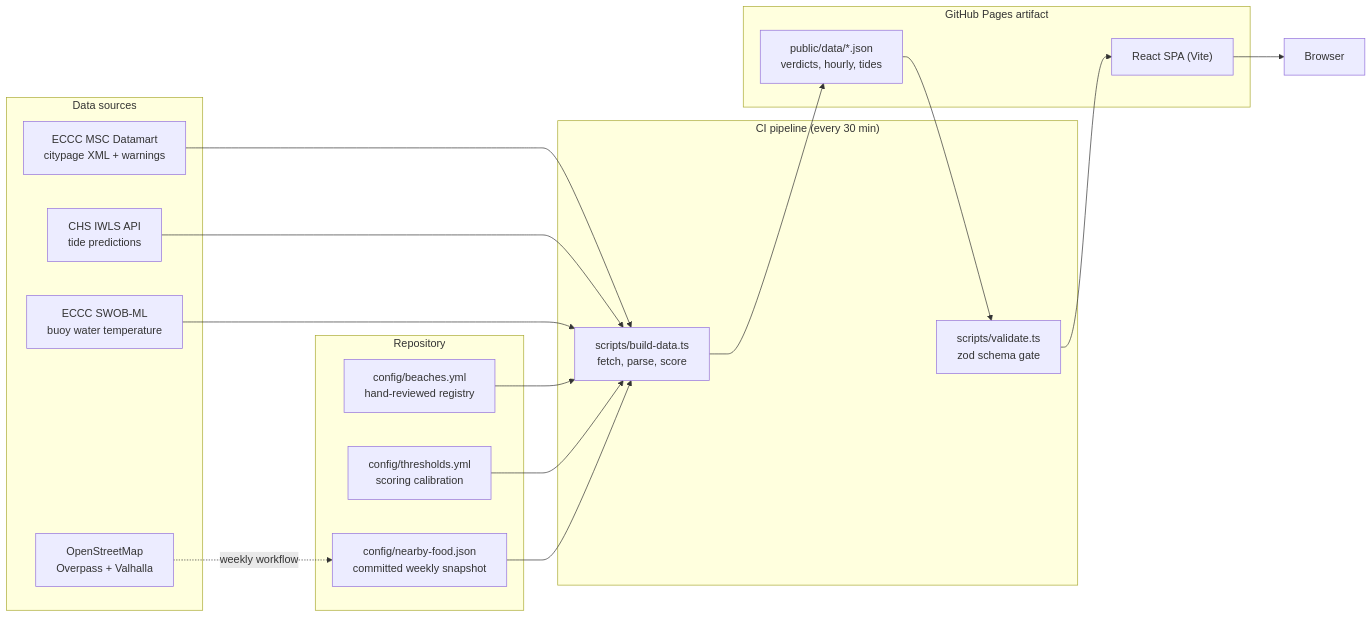
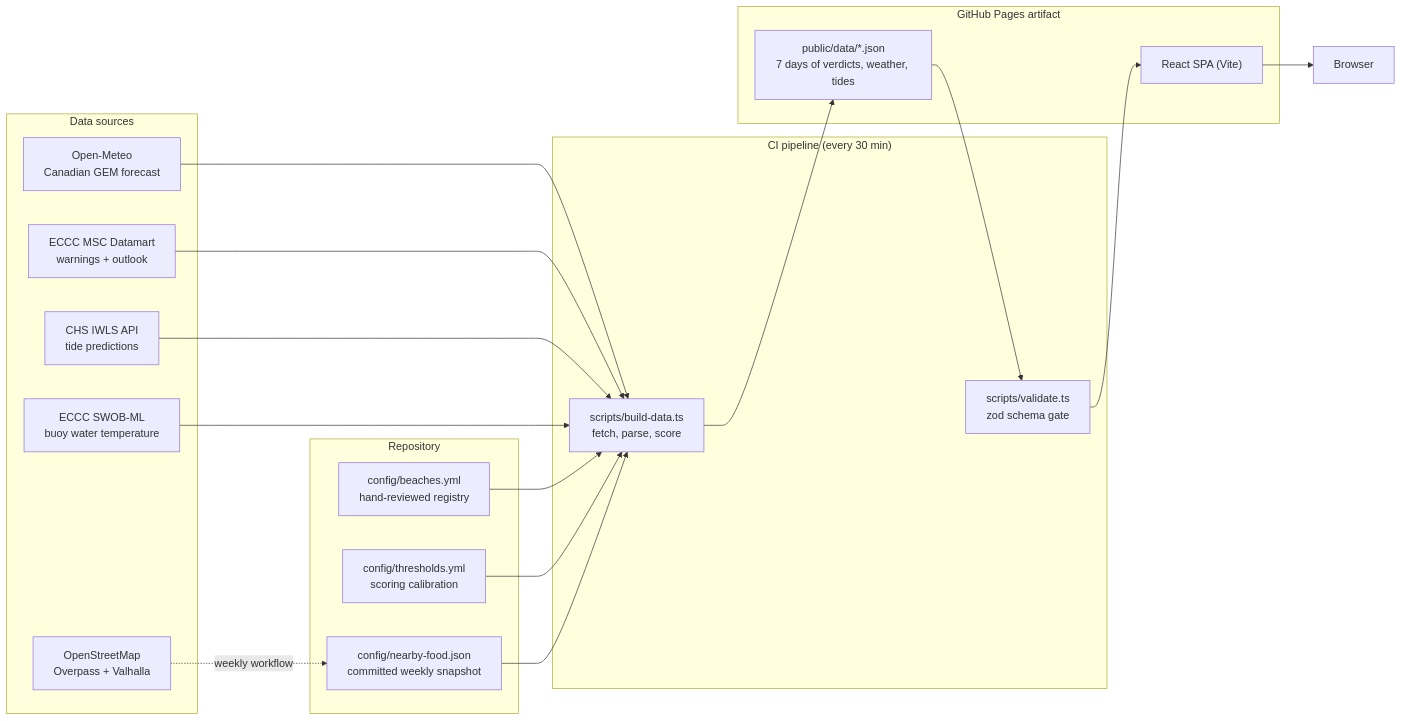
One commit to gruberb/whenshouldigotothebeach changed the first of 2 diagrams in docs/ARCHITECTURE.md. Above: the diagram before and after it, drawn with Mermaid. The commit also changed other lines of this file and 29 other files, not shown here.

````diff
--- a/docs/ARCHITECTURE.md
+++ b/docs/ARCHITECTURE.md
@@ -53,37 +54,39 @@
 ```mermaid
 flowchart LR
     subgraph sources["Data sources"]
-        ECCC["ECCC MSC Datamart<br/>citypage XML + warnings"]
+        GEM["Open-Meteo<br/>Canadian GEM forecast"]
+        ECCC["ECCC MSC Datamart<br/>warnings + outlook"]
         CHS["CHS IWLS API<br/>tide predictions"]
         SWOB["ECCC SWOB-ML<br/>buoy water temperature"]
         OSM["OpenStreetMap<br/>Overpass + Valhalla"]
     end
 
     subgraph repo["Repository"]
         REG["config/beaches.yml<br/>hand-reviewed registry"]
         THR["config/thresholds.yml<br/>scoring calibration"]
         FOOD["config/nearby-food.json<br/>committed weekly snapshot"]
     end
 
     subgraph pipeline["CI pipeline (every 30 min)"]
         BUILD["scripts/build-data.ts<br/>fetch, parse, score"]
         VAL["scripts/validate.ts<br/>zod schema gate"]
     end
 
     subgraph site["GitHub Pages artifact"]
-        JSON["public/data/*.json<br/>verdicts, hourly, tides"]
+        JSON["public/data/*.json<br/>7 days of verdicts, weather, tides"]
         SPA["React SPA (Vite)"]
     end
 
+    GEM --> BUILD
     ECCC --> BUILD
     CHS --> BUILD
     SWOB --> BUILD
     OSM -. "weekly workflow" .-> FOOD
     REG --> BUILD
     THR --> BUILD
     FOOD --> BUILD
     BUILD --> JSON
     JSON --> VAL
     VAL --> SPA
     SPA --> Browser
 ```
````
